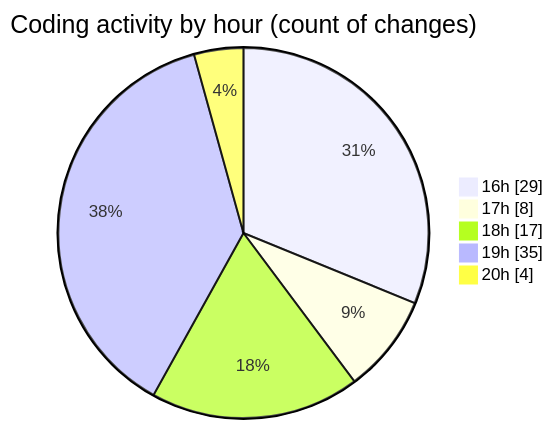
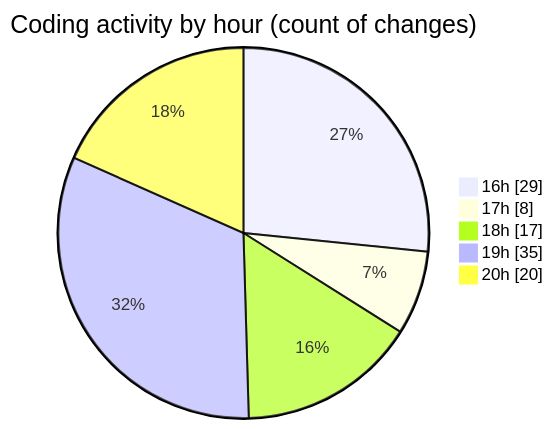
Before and after one commit to Netris89/code-tracking: the second of 2 diagrams in 2025-11-01/skintrack/README.md, drawn with Mermaid. The commit also changed other lines of this file and 1 other file, not shown here.

````diff
--- a/2025-11-01/skintrack/README.md
+++ b/2025-11-01/skintrack/README.md
@@ -35,9 +35,9 @@
 ```mermaid
 pie showData
 title Coding activity by hour (count of changes)
 "16h" : 29
 "17h" : 8
 "18h" : 17
 "19h" : 35
-"20h" : 4
+"20h" : 20
 ```
````
